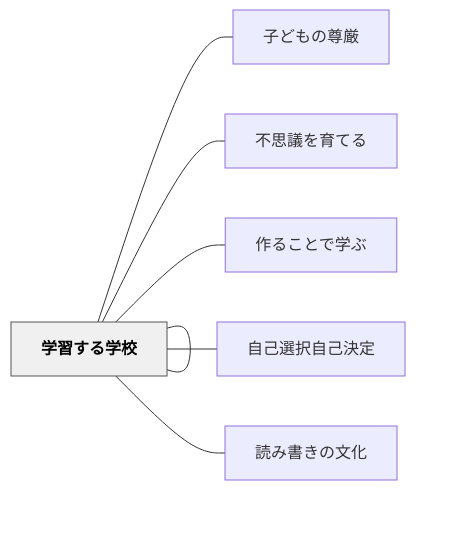
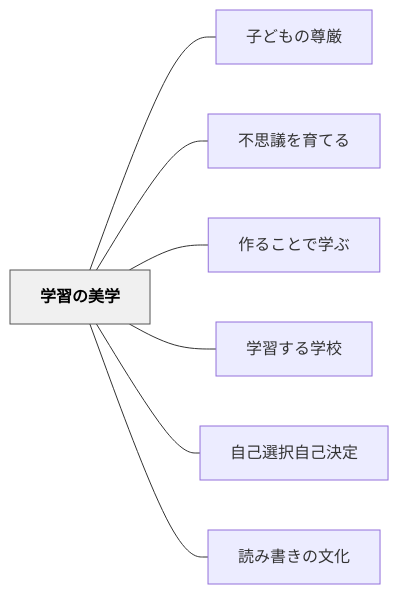
One commit to unknownthings-ed-patterns/unknownthings-ed-patterns changed the diagram in content/パタン/学習の美学.md. Above: the diagram before and after it, drawn with Mermaid. The commit also changed 527 other files, not shown here.

````diff
--- a/content/パタン/学習の美学.md
+++ b/content/パタン/学習の美学.md
@@ -127,20 +127,20 @@
 ```mermaid
 flowchart LR
-    ne5ada6e7bf92["学習の美学"]
-    ne5ad90e381a9["子どもの尊厳"]
-    ne4b88de6809d["不思議を育てる"]
-    ne4bd9ce3828b["作ることで学ぶ"]
-    ne5ada6e7bf92["学習する学校"]
-    ne887aae5b7b1["自己選択自己決定"]
-    ne8aaade381bf["読み書きの文化"]
+    ne5ada6e7bf92e381aee7be8ee5ada6["学習の美学"]
+    ne5ad90e381a9e38282e381aee5b08ae58eb3["子どもの尊厳"]
+    ne4b88de6809de8adb0e38292e882b2e381a6e3828b["不思議を育てる"]
+    ne4bd9ce3828be38193e381a8e381a7e5ada6e381b6["作ることで学ぶ"]
+    ne5ada6e7bf92e38199e3828be5ada6e6a0a1["学習する学校"]
+    ne887aae5b7b1e981b8e68a9ee887aae5b7b1e6b1bae5ae9a["自己選択自己決定"]
+    ne8aaade381bfe69bb8e3818de381aee69687e58c96["読み書きの文化"]
 
-    ne5ada6e7bf92 --- ne5ad90e381a9
-    ne5ada6e7bf92 --- ne4b88de6809d
-    ne5ada6e7bf92 --- ne4bd9ce3828b
-    ne5ada6e7bf92 --- ne5ada6e7bf92
-    ne5ada6e7bf92 --- ne887aae5b7b1
-    ne5ada6e7bf92 --- ne8aaade381bf
+    ne5ada6e7bf92e381aee7be8ee5ada6 --- ne5ad90e381a9e38282e381aee5b08ae58eb3
+    ne5ada6e7bf92e381aee7be8ee5ada6 --- ne4b88de6809de8adb0e38292e882b2e381a6e3828b
+    ne5ada6e7bf92e381aee7be8ee5ada6 --- ne4bd9ce3828be38193e381a8e381a7e5ada6e381b6
+    ne5ada6e7bf92e381aee7be8ee5ada6 --- ne5ada6e7bf92e38199e3828be5ada6e6a0a1
+    ne5ada6e7bf92e381aee7be8ee5ada6 --- ne887aae5b7b1e981b8e68a9ee887aae5b7b1e6b1bae5ae9a
+    ne5ada6e7bf92e381aee7be8ee5ada6 --- ne8aaade381bfe69bb8e3818de381aee69687e58c96
 
     classDef hub fill:#f0f0f0,stroke:#555,color:#000,font-weight:bold
-    class ne5ada6e7bf92 hub
+    class ne5ada6e7bf92e381aee7be8ee5ada6 hub
 ```
````
